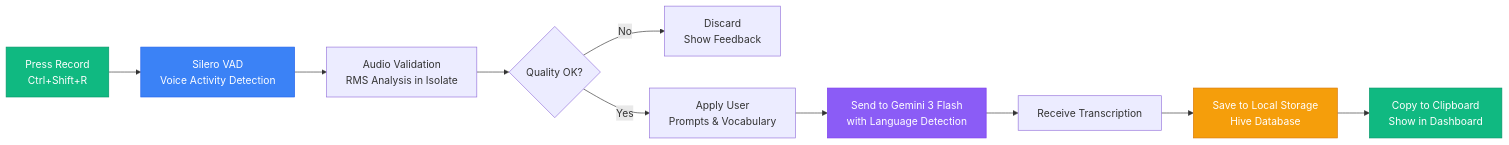
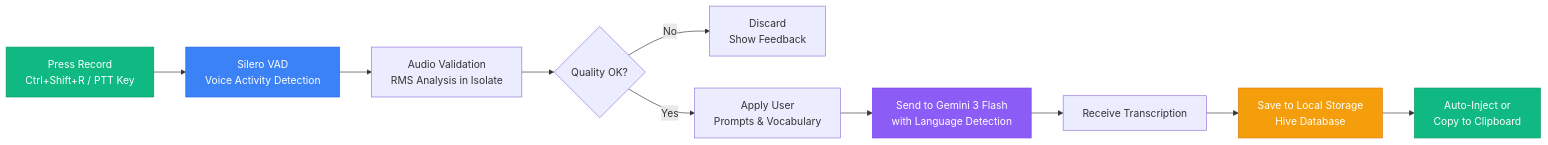
The first of 3 diagrams in README.md (xicv/recogniz.ing), drawn with Mermaid before and after one commit. The commit also changed other lines of this file and 43 other files, not shown here.

First line of the commit message:
feat: add push-to-talk, auto-inject, and redesign menu bar icon

````diff
--- a/README.md
+++ b/README.md
@@ -165,18 +167,18 @@
 ```mermaid
 flowchart LR
-    A[Press Record<br/>Ctrl+Shift+R] --> B[Silero VAD<br/>Voice Activity Detection]
+    A[Press Record<br/>Ctrl+Shift+R / PTT Key] --> B[Silero VAD<br/>Voice Activity Detection]
     B --> C[Audio Validation<br/>RMS Analysis in Isolate]
     C --> D{Quality OK?}
     D -->|No| E[Discard<br/>Show Feedback]
     D -->|Yes| F[Apply User<br/>Prompts & Vocabulary]
     F --> G[Send to Gemini 3 Flash<br/>with Language Detection]
     G --> H[Receive Transcription]
     H --> I[Save to Local Storage<br/>Hive Database]
-    I --> J[Copy to Clipboard<br/>Show in Dashboard]
+    I --> J[Auto-Inject or<br/>Copy to Clipboard]
 
     style A fill:#10B981,stroke:#059669,color:#fff
     style B fill:#3B82F6,stroke:#2563EB,color:#fff
     style G fill:#8B5CF6,stroke:#7C3AED,color:#fff
     style I fill:#F59E0B,stroke:#D97706,color:#fff
     style J fill:#10B981,stroke:#059669,color:#fff
 ```
````
